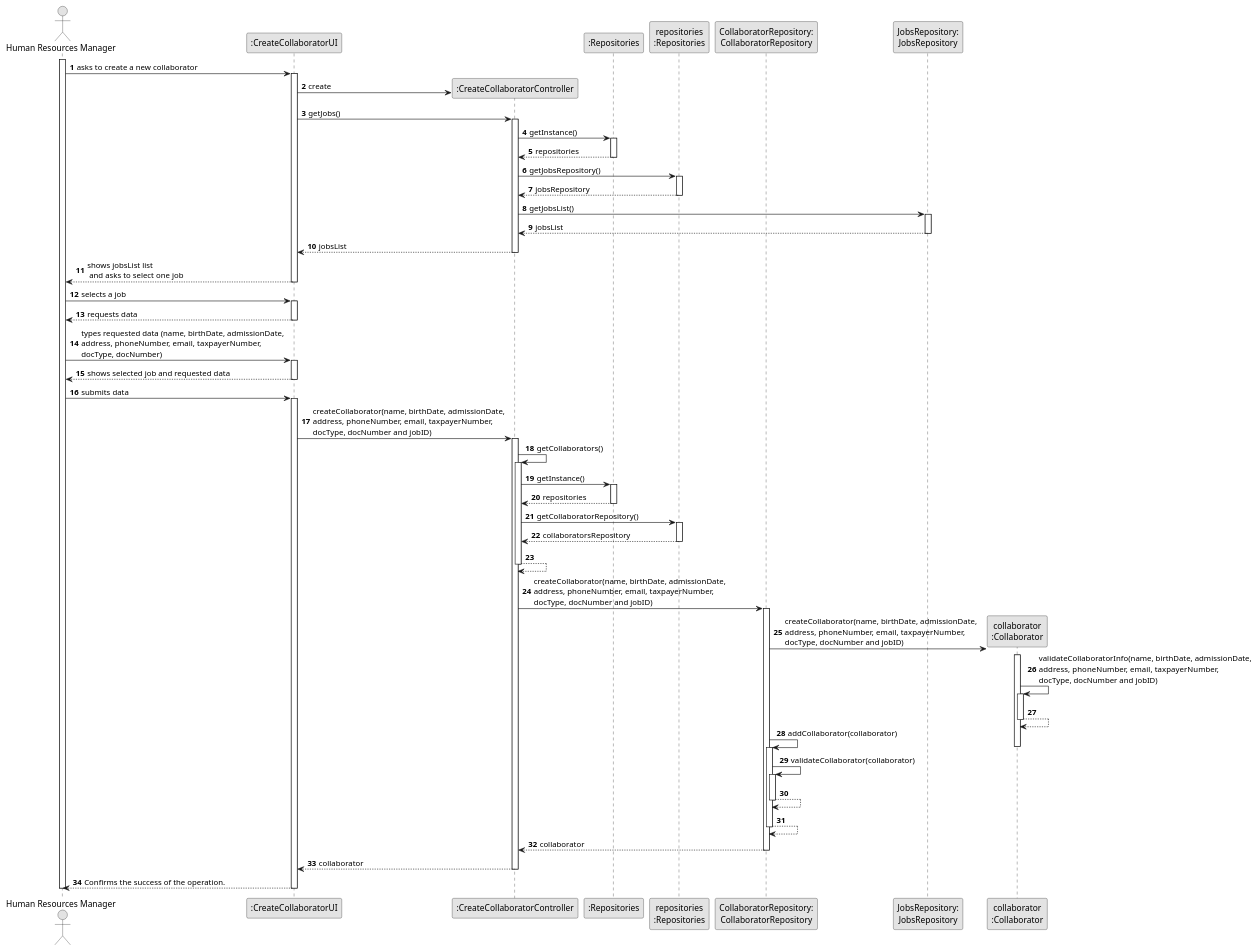
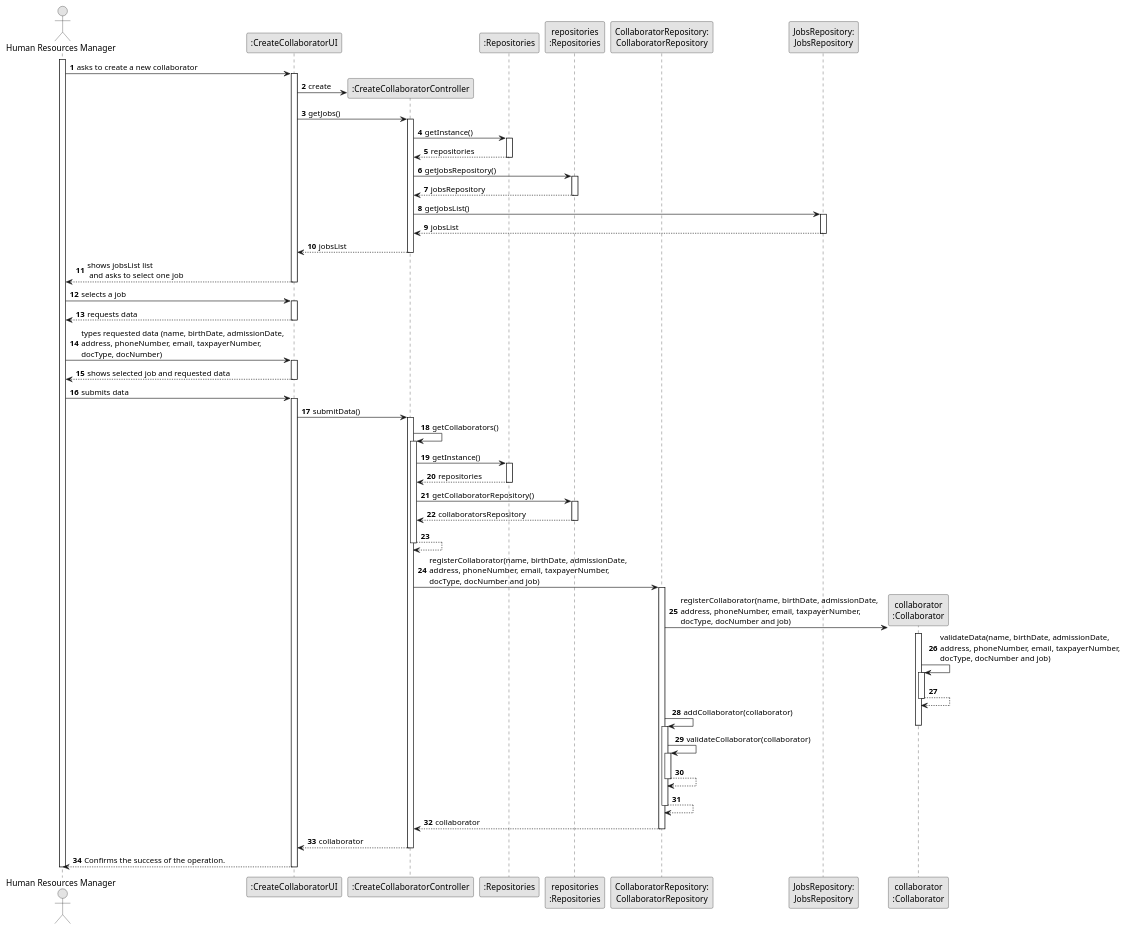
The diagram in docs/sprintB/us003/03.design/puml/us003-sequence-diagram-full.puml (SAEmanuel/Green_Spaces_Management_ISEP), drawn with PlantUML before and after one commit.

Commit message:
US3 Sequence diagram update

```diff
--- a/docs/sprintB/us003/03.design/puml/us003-sequence-diagram-full.puml
+++ b/docs/sprintB/us003/03.design/puml/us003-sequence-diagram-full.puml
@@ -1,131 +1,130 @@
 @startuml
 skinparam monochrome true
 skinparam packageStyle rectangle
 skinparam shadowing false
 
 autonumber
 
 'hide footbox
 actor "Human Resources Manager" as HRM
 participant ":CreateCollaboratorUI" as UI
 participant ":CreateCollaboratorController" as CTRL
 participant ":Repositories" as RepositorySingleton
 participant "repositories\n:Repositories" as PLAT
 participant "CollaboratorRepository:\nCollaboratorRepository" as CollaboratorRepository
 participant "JobsRepository:\nJobsRepository" as JobsRepository
 participant "collaborator\n:Collaborator" as Collaborator
 
 activate HRM
 
         HRM -> UI : asks to create a new collaborator
 
         activate UI
 
             UI -> CTRL** : create
 
                 UI -> CTRL : getJobs()
                 activate CTRL
 
                 CTRL -> RepositorySingleton : getInstance()
                                 activate RepositorySingleton
 
                                     RepositorySingleton --> CTRL: repositories
                                 deactivate RepositorySingleton
 
                                 CTRL -> PLAT : getJobsRepository()
                                 activate PLAT
 
                                     PLAT --> CTRL: jobsRepository
                                 deactivate PLAT
 
                 CTRL -> JobsRepository : getJobsList()
                 activate JobsRepository
 
                     JobsRepository --> CTRL : jobsList
                 deactivate JobsRepository
 
                 CTRL --> UI : jobsList
             deactivate CTRL
 
             UI --> HRM : shows jobsList list\n and asks to select one job
         deactivate UI
 
     HRM -> UI : selects a job
     activate UI
 
         UI --> HRM : requests data
     deactivate UI
 
     HRM -> UI : types requested data (name, birthDate, admissionDate,\naddress, phoneNumber, email, taxpayerNumber,\ndocType, docNumber)
     activate UI
 
         UI --> HRM : shows selected job and requested data
     deactivate UI
 
     HRM -> UI : submits data
     activate UI
 
-            UI -> CTRL : createCollaborator(name, birthDate, admissionDate,\naddress, phoneNumber, email, taxpayerNumber,\ndocType, docNumber and jobID)
+            UI -> CTRL : submitData()
     activate CTRL
     CTRL -> CTRL : getCollaborators()
 
     activate CTRL
 
 
     CTRL -> RepositorySingleton : getInstance()
                                     activate RepositorySingleton
 
                                         RepositorySingleton --> CTRL: repositories
                                     deactivate RepositorySingleton
 
                                     CTRL -> PLAT : getCollaboratorRepository()
                                     activate PLAT
 
                                      PLAT --> CTRL: collaboratorsRepository
                                     deactivate PLAT
                                      CTRL --> CTRL
 
                 deactivate CTRL
 
 
-
-            CTRL -> CollaboratorRepository : createCollaborator(name, birthDate, admissionDate,\naddress, phoneNumber, email, taxpayerNumber,\ndocType, docNumber and jobID)
+            CTRL -> CollaboratorRepository : registerCollaborator(name, birthDate, admissionDate,\naddress, phoneNumber, email, taxpayerNumber,\ndocType, docNumber and job)
 
             activate CollaboratorRepository
 
-            CollaboratorRepository -> Collaborator** : createCollaborator(name, birthDate, admissionDate,\naddress, phoneNumber, email, taxpayerNumber,\ndocType, docNumber and jobID)
+            CollaboratorRepository -> Collaborator** : registerCollaborator(name, birthDate, admissionDate,\naddress, phoneNumber, email, taxpayerNumber,\ndocType, docNumber and job)
 
             activate Collaborator
 
-                Collaborator -> Collaborator : validateCollaboratorInfo(name, birthDate, admissionDate,\naddress, phoneNumber, email, taxpayerNumber,\ndocType, docNumber and jobID)
+                Collaborator -> Collaborator : validateData(name, birthDate, admissionDate,\naddress, phoneNumber, email, taxpayerNumber,\ndocType, docNumber and job)
                 activate Collaborator
                 Collaborator --> Collaborator :
                 deactivate Collaborator
 
             CollaboratorRepository -> CollaboratorRepository : addCollaborator(collaborator)
             deactivate Collaborator
                         activate CollaboratorRepository
 
 
             CollaboratorRepository -> CollaboratorRepository: validateCollaborator(collaborator)
              activate CollaboratorRepository
              CollaboratorRepository --> CollaboratorRepository
             deactivate CollaboratorRepository
 
             CollaboratorRepository --> CollaboratorRepository
             deactivate CollaboratorRepository
 
         CollaboratorRepository --> CTRL : collaborator
         deactivate CollaboratorRepository
         deactivate Collaborator
 
         CTRL --> UI: collaborator
         deactivate CTRL
 
         UI --> HRM: Confirms the success of the operation.
 
     deactivate UI
 
 deactivate HRM
 
 @enduml
```
